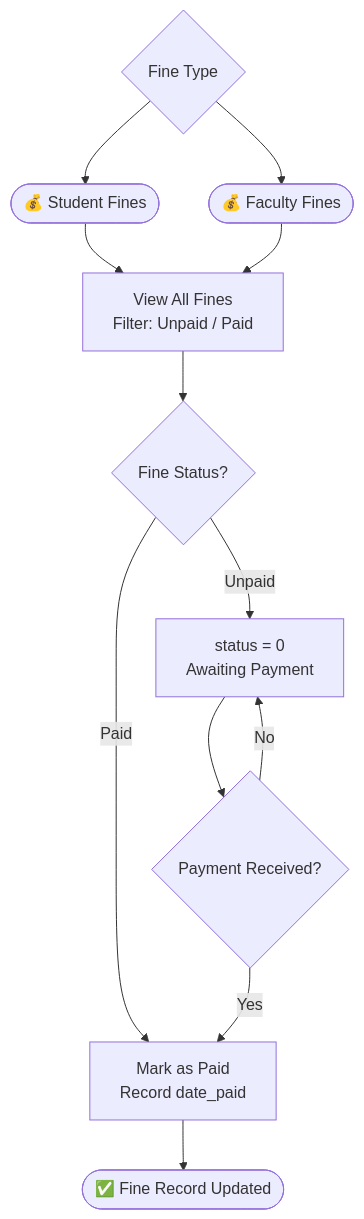
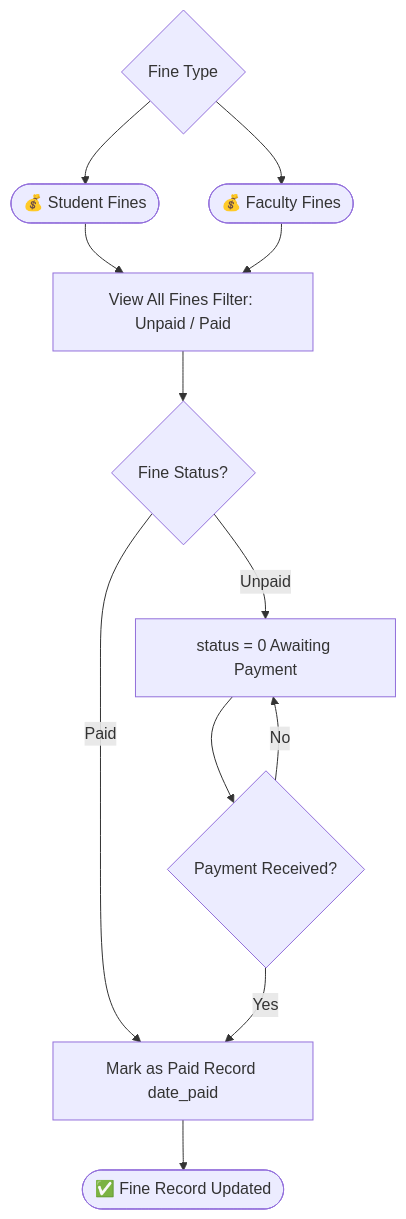
Before and after one commit to ErickGaceta/BaguioCentralUniversity_LibraryManagementSystem: the sixth of 8 diagrams in Flowchart.md, drawn with Mermaid. The commit also changed other lines of this file, not shown here.

````diff
--- a/Flowchart.md
+++ b/Flowchart.md
@@ -116,18 +116,18 @@
 ```mermaid
 flowchart TD
     A{Fine Type} --> B([💰 Student Fines])
     A --> C([💰 Faculty Fines])
 
-    B --> D[View All Fines\nFilter: Unpaid / Paid]
+    B --> D[View All Fines Filter: Unpaid / Paid]
     C --> D
 
     D --> E{Fine Status?}
-    E -->|Unpaid| F[status = 0\nAwaiting Payment]
-    E -->|Paid| G[Mark as Paid\nRecord date_paid]
+    E -->|Unpaid| F[status = 0 Awaiting Payment]
+    E -->|Paid| G[Mark as Paid Record date_paid]
 
     F --> H{Payment Received?}
     H -->|Yes| G
     H -->|No| F
 
     G --> I([✅ Fine Record Updated])
 ```
````
